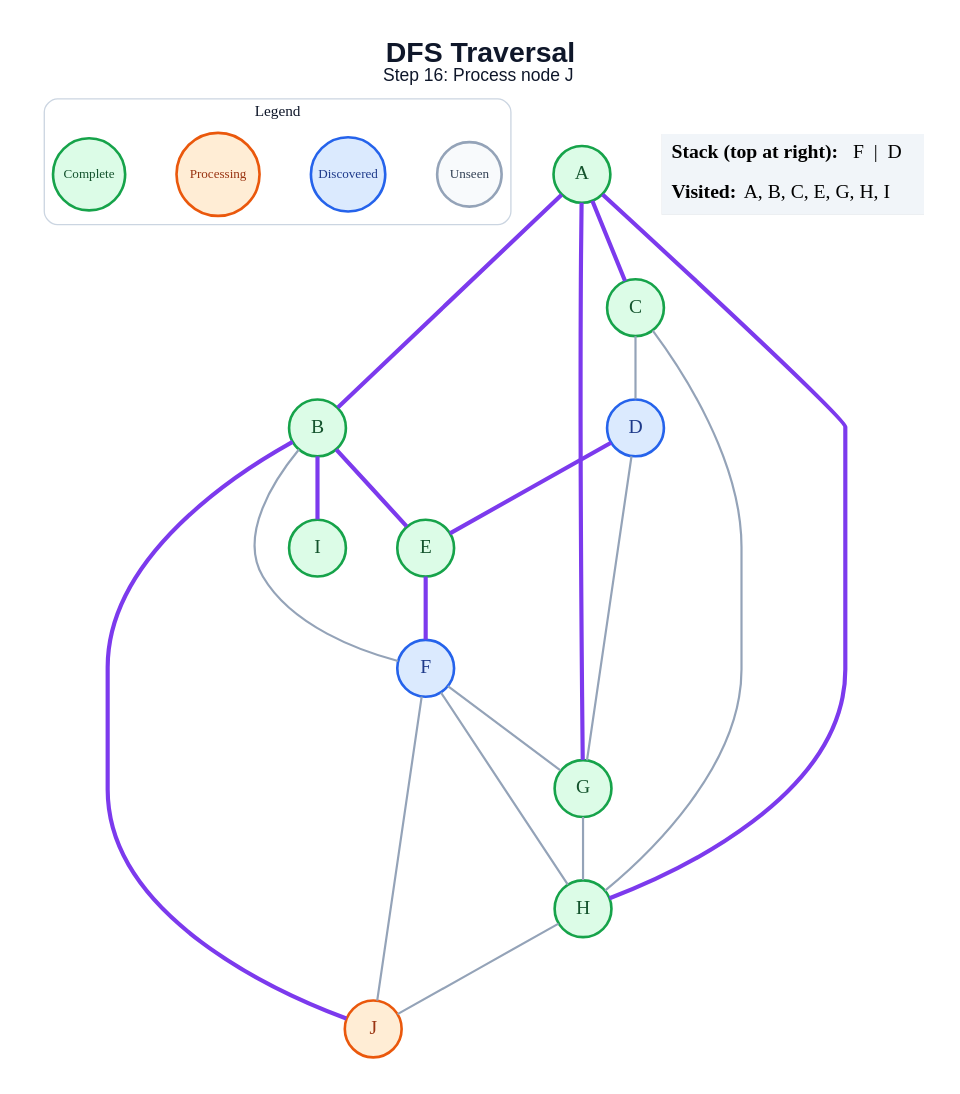
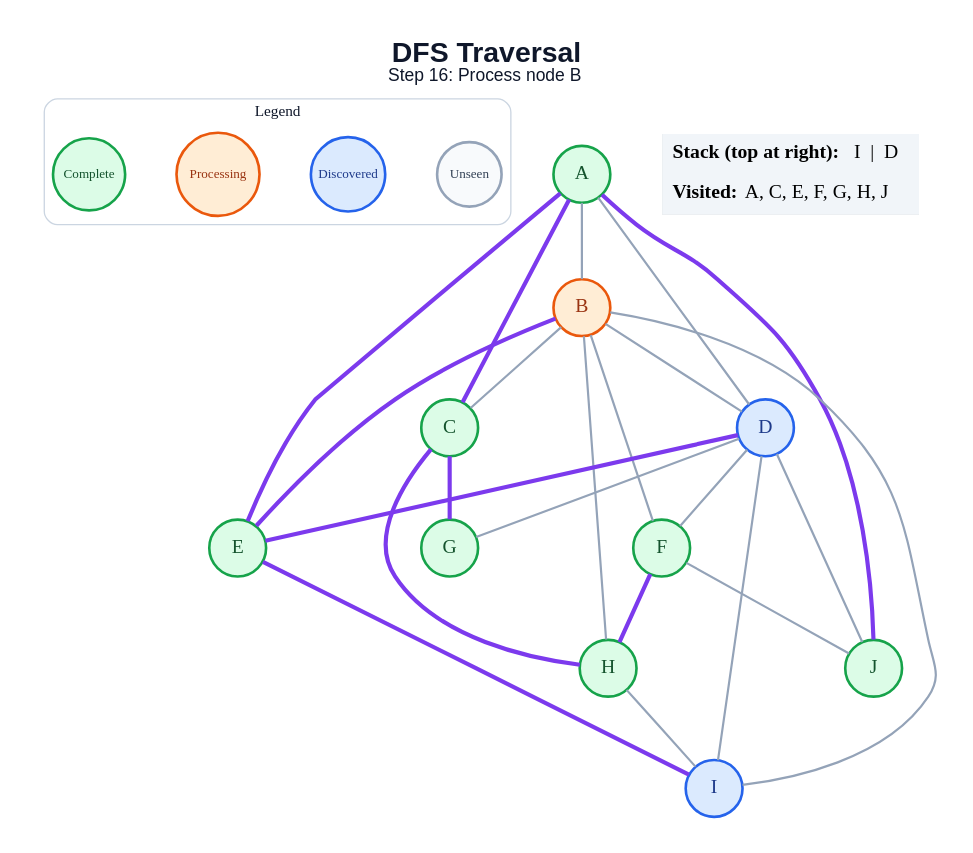
Before and after one commit to anon7238593-create/ai-slop: the diagram in generated/specific-node/dfs/step_16.dot, drawn with Graphviz. The commit also changed 178 other files, not shown here.

```diff
--- a/generated/specific-node/dfs/step_16.dot
+++ b/generated/specific-node/dfs/step_16.dot
@@ -1,47 +1,51 @@
 graph traversal {
   graph [layout=dot, rankdir=TB, bgcolor="#FFFFFF", pad="0.35", nodesep="0.65", ranksep="0.8", fontname="Arial"];
   node [shape=circle, style="filled", fontname="Arial Bold", fontsize=18, width=0.72, fixedsize=true, penwidth=2.4];
   edge [color="#94A3B8", penwidth=2.0];
-  label=<<B>DFS Traversal</B><BR/><FONT POINT-SIZE="16">Step 16: Process node J</FONT>>; labelloc="t"; fontsize=26; fontname="Arial"; fontcolor="#0F172A";
+  label=<<B>DFS Traversal</B><BR/><FONT POINT-SIZE="16">Step 16: Process node B</FONT>>; labelloc="t"; fontsize=26; fontname="Arial"; fontcolor="#0F172A";
   subgraph cluster_legend { label="Legend"; color="#CBD5E1"; penwidth=1.2; style="rounded"; fontsize=14; fontname="Arial Bold";
     key_unseen [label="Unseen", fillcolor="#F8FAFC", color="#94A3B8", fontcolor="#334155", fontsize=12, width=0.82];
     key_frontier [label="Discovered", fillcolor="#DBEAFE", color="#2563EB", fontcolor="#1E3A8A", fontsize=12, width=0.95];
     key_current [label="Processing", fillcolor="#FFEDD5", color="#EA580C", fontcolor="#9A3412", fontsize=12, width=1.05];
     key_done [label="Complete", fillcolor="#DCFCE7", color="#16A34A", fontcolor="#14532D", fontsize=12, width=0.92];
     { rank=same; key_unseen; key_frontier; key_current; key_done; }
   }
   A [fillcolor="#DCFCE7", color="#16A34A", fontcolor="#14532D"];
-  B [fillcolor="#DCFCE7", color="#16A34A", fontcolor="#14532D"];
+  B [fillcolor="#FFEDD5", color="#EA580C", fontcolor="#9A3412"];
   C [fillcolor="#DCFCE7", color="#16A34A", fontcolor="#14532D"];
   D [fillcolor="#DBEAFE", color="#2563EB", fontcolor="#1E3A8A"];
   E [fillcolor="#DCFCE7", color="#16A34A", fontcolor="#14532D"];
-  F [fillcolor="#DBEAFE", color="#2563EB", fontcolor="#1E3A8A"];
+  F [fillcolor="#DCFCE7", color="#16A34A", fontcolor="#14532D"];
   G [fillcolor="#DCFCE7", color="#16A34A", fontcolor="#14532D"];
   H [fillcolor="#DCFCE7", color="#16A34A", fontcolor="#14532D"];
-  I [fillcolor="#DCFCE7", color="#16A34A", fontcolor="#14532D"];
-  J [fillcolor="#FFEDD5", color="#EA580C", fontcolor="#9A3412"];
-  A -- B [color="#7C3AED", penwidth=3.8];
+  I [fillcolor="#DBEAFE", color="#2563EB", fontcolor="#1E3A8A"];
+  J [fillcolor="#DCFCE7", color="#16A34A", fontcolor="#14532D"];
+  A -- B;
   A -- C [color="#7C3AED", penwidth=3.8];
-  A -- G [color="#7C3AED", penwidth=3.8];
-  A -- H [color="#7C3AED", penwidth=3.8];
+  A -- D;
+  A -- E [color="#7C3AED", penwidth=3.8];
+  A -- J [color="#7C3AED", penwidth=3.8];
+  B -- C;
+  B -- D;
   B -- E [color="#7C3AED", penwidth=3.8];
   B -- F;
-  B -- I [color="#7C3AED", penwidth=3.8];
-  B -- J [color="#7C3AED", penwidth=3.8];
-  C -- D;
-  C -- H;
+  B -- H;
+  B -- I;
+  C -- G [color="#7C3AED", penwidth=3.8];
+  C -- H [color="#7C3AED", penwidth=3.8];
   D -- E [color="#7C3AED", penwidth=3.8];
+  D -- F;
   D -- G;
-  E -- F [color="#7C3AED", penwidth=3.8];
-  F -- G;
-  F -- H;
+  D -- I;
+  D -- J;
+  E -- I [color="#7C3AED", penwidth=3.8];
+  F -- H [color="#7C3AED", penwidth=3.8];
   F -- J;
-  G -- H;
-  H -- J;
+  H -- I;
   status [shape=plain, fixedsize=false, width=0, height=0, margin=0, label=<
     <TABLE BORDER="0" CELLBORDER="0" CELLPADDING="7" BGCOLOR="#F1F5F9">
-      <TR><TD ALIGN="LEFT"><B>Stack (top at right):</B> F  |  D</TD></TR>
-      <TR><TD ALIGN="LEFT"><B>Visited:</B> A, B, C, E, G, H, I</TD></TR>
+      <TR><TD ALIGN="LEFT"><B>Stack (top at right):</B> I  |  D</TD></TR>
+      <TR><TD ALIGN="LEFT"><B>Visited:</B> A, C, E, F, G, H, J</TD></TR>
     </TABLE>
   >];
 }
```
